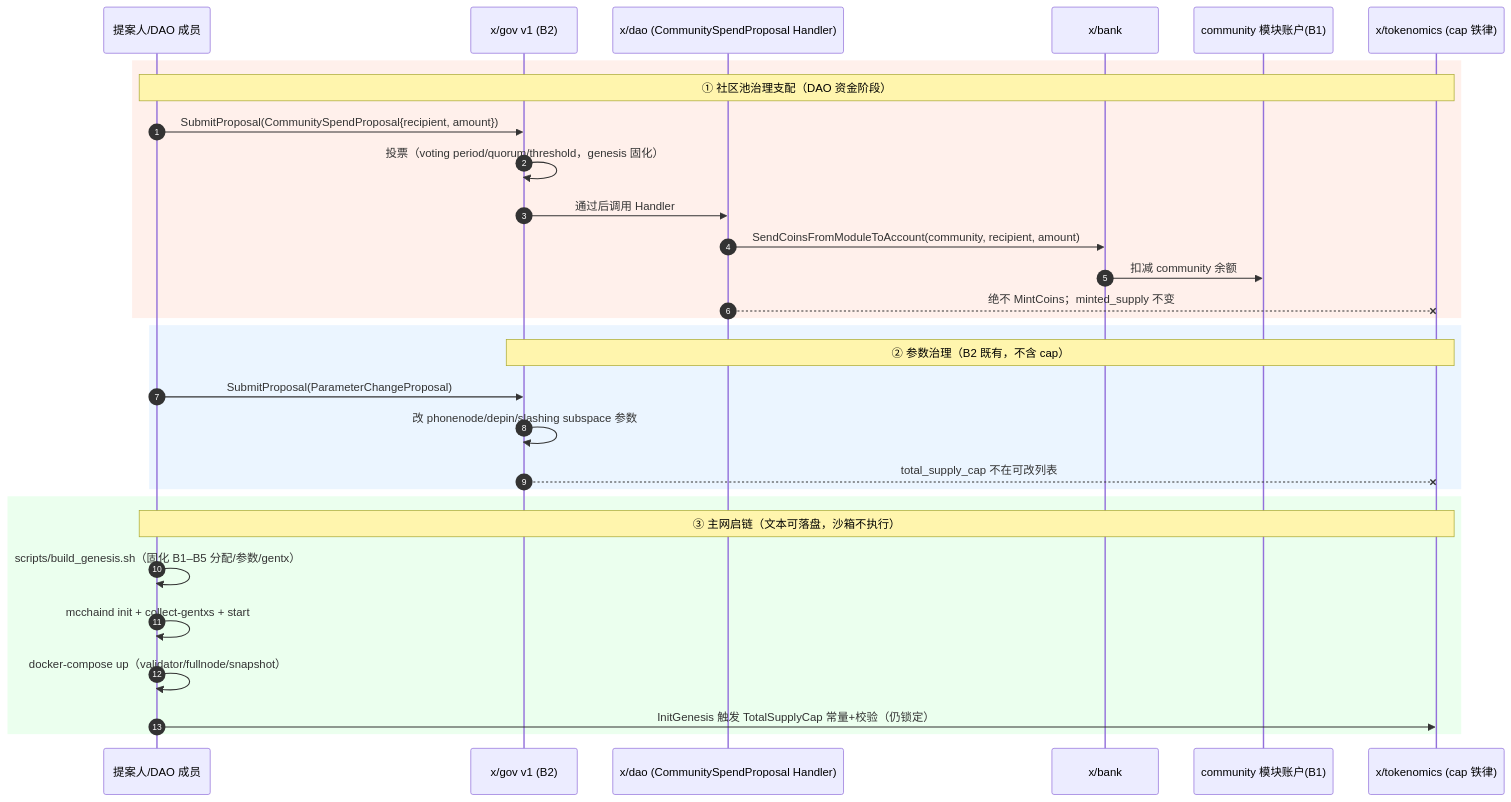
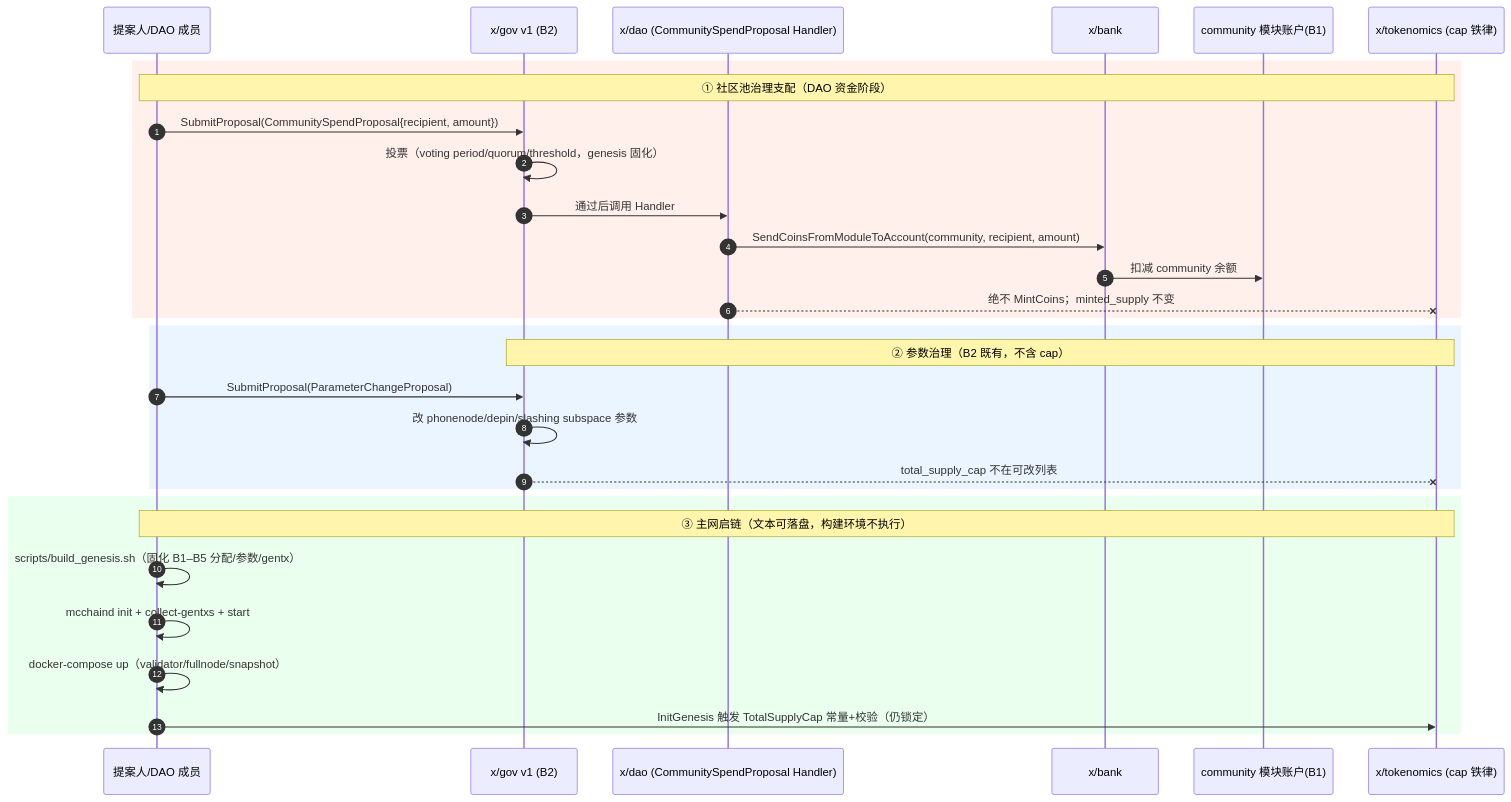
One commit to keliang4344-star/mcchain changed the diagram in docs/b6_mainnet_sequence-diagram.mermaid. Above: the diagram before and after it, drawn with Mermaid. The commit also changed 2 other files, not shown here.

```diff
--- a/docs/b6_mainnet_sequence-diagram.mermaid
+++ b/docs/b6_mainnet_sequence-diagram.mermaid
@@ -1,33 +1,33 @@
 sequenceDiagram
     autonumber
     participant P as 提案人/DAO 成员
     participant GOV as x/gov v1 (B2)
     participant DAO as x/dao (CommunitySpendProposal Handler)
     participant BM as x/bank
     participant COM as community 模块账户(B1)
     participant CAP as x/tokenomics (cap 铁律)
 
     rect rgb(255,240,235)
     note over P,CAP: ① 社区池治理支配（DAO 资金阶段）
     P->>GOV: SubmitProposal(CommunitySpendProposal{recipient, amount})
     GOV->>GOV: 投票（voting period/quorum/threshold，genesis 固化）
     GOV->>DAO: 通过后调用 Handler
     DAO->>BM: SendCoinsFromModuleToAccount(community, recipient, amount)
     BM->>COM: 扣减 community 余额
     DAO--x CAP: 绝不 MintCoins；minted_supply 不变
     end
 
     rect rgb(235,245,255)
     note over GOV,CAP: ② 参数治理（B2 既有，不含 cap）
     P->>GOV: SubmitProposal(ParameterChangeProposal)
     GOV->>GOV: 改 phonenode/depin/slashing subspace 参数
     GOV--x CAP: total_supply_cap 不在可改列表
     end
 
     rect rgb(235,255,238)
-    note over P,CAP: ③ 主网启链（文本可落盘，沙箱不执行）
+    note over P,CAP: ③ 主网启链（文本可落盘，构建环境不执行）
     P->>P: scripts/build_genesis.sh（固化 B1–B5 分配/参数/gentx）
     P->>P: mcchaind init + collect-gentxs + start
     P->>P: docker-compose up（validator/fullnode/snapshot）
     P->>CAP: InitGenesis 触发 TotalSupplyCap 常量+校验（仍锁定）
     end
```
